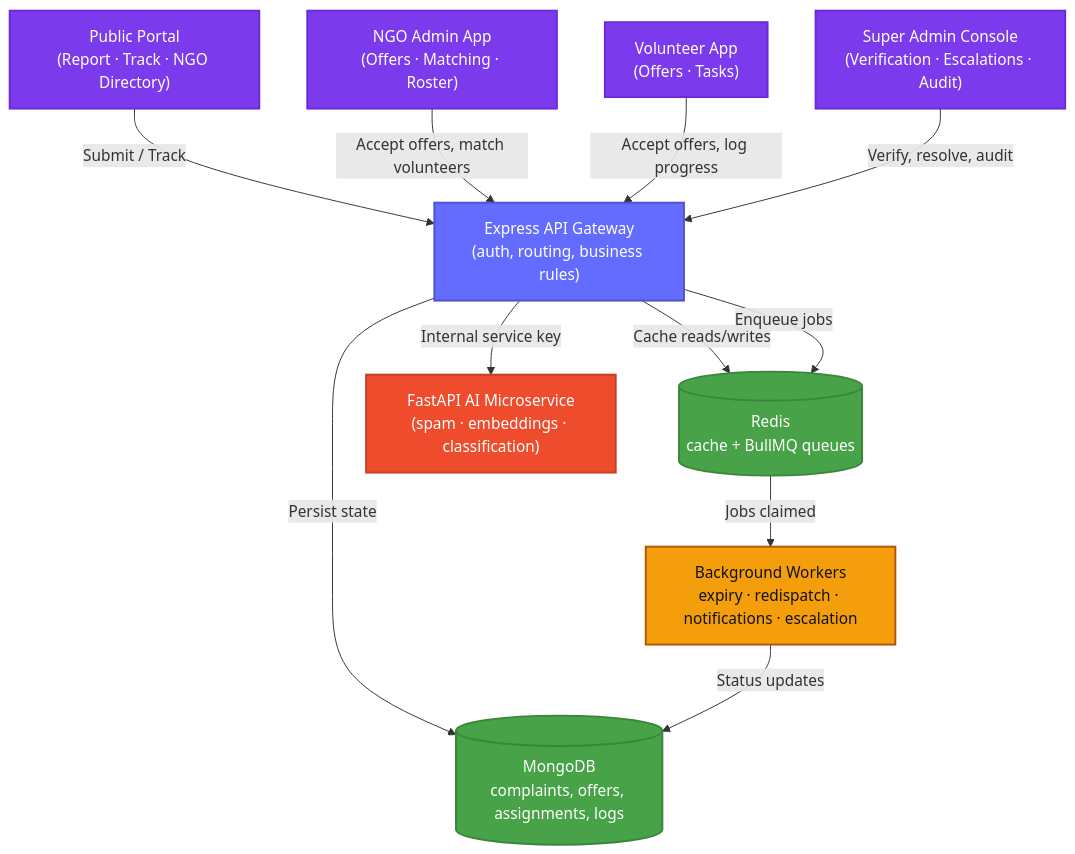
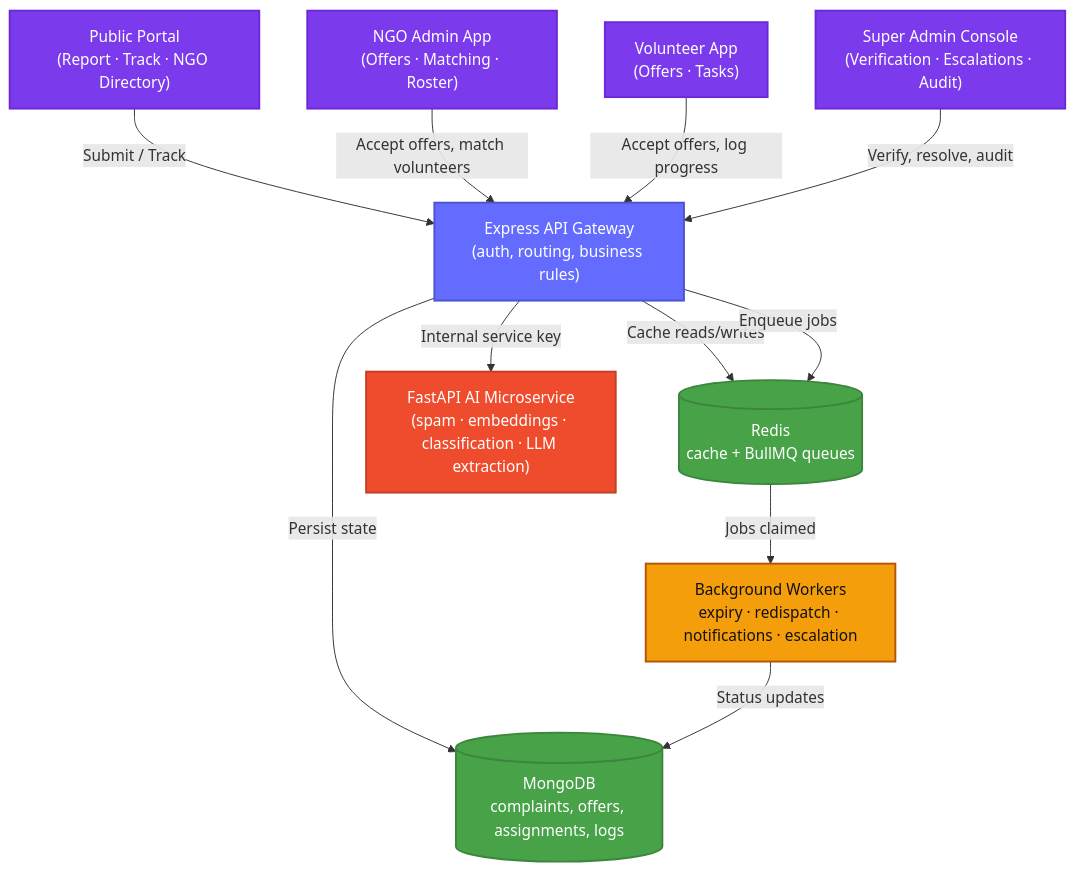
One commit to Gauravkachwaha/ReliefSync changed the diagram in README.md. Above: the diagram before and after it, drawn with Mermaid. The commit also changed other lines of this file and 2 other files, not shown here.

````diff
--- a/README.md
+++ b/README.md
@@ -96,31 +98,31 @@
 ```mermaid
 graph TD
     classDef client fill:#7c3aed,stroke:#6d28d9,stroke-width:2px,color:#fff;
     classDef server fill:#646cff,stroke:#4d53cc,stroke-width:2px,color:#fff;
     classDef db fill:#47a248,stroke:#3b853c,stroke-width:2px,color:#fff;
     classDef ai fill:#ee4c2c,stroke:#c43f24,stroke-width:2px,color:#fff;
     classDef worker fill:#f59e0b,stroke:#b45309,stroke-width:2px,color:#111;
 
     Public["Public Portal<br/>(Report · Track · NGO Directory)"]:::client
     NgoApp["NGO Admin App<br/>(Offers · Matching · Roster)"]:::client
     VolApp["Volunteer App<br/>(Offers · Tasks)"]:::client
     AdminApp["Super Admin Console<br/>(Verification · Escalations · Audit)"]:::client
 
     API["Express API Gateway<br/>(auth, routing, business rules)"]:::server
     Mongo[("MongoDB<br/>complaints, offers, assignments, logs")]:::db
     Redis[("Redis<br/>cache + BullMQ queues")]:::db
-    AI["FastAPI AI Microservice<br/>(spam · embeddings · classification)"]:::ai
+    AI["FastAPI AI Microservice<br/>(spam · embeddings · classification · LLM extraction)"]:::ai
     Worker["Background Workers<br/>expiry · redispatch · notifications · escalation"]:::worker
 
     Public -->|Submit / Track| API
     NgoApp -->|Accept offers, match volunteers| API
     VolApp -->|Accept offers, log progress| API
     AdminApp -->|Verify, resolve, audit| API
 
     API -->|Persist state| Mongo
     API -->|Internal service key| AI
     API -->|Cache reads/writes| Redis
     API -->|Enqueue jobs| Redis
     Redis -->|Jobs claimed| Worker
     Worker -->|Status updates| Mongo
 ```
````
